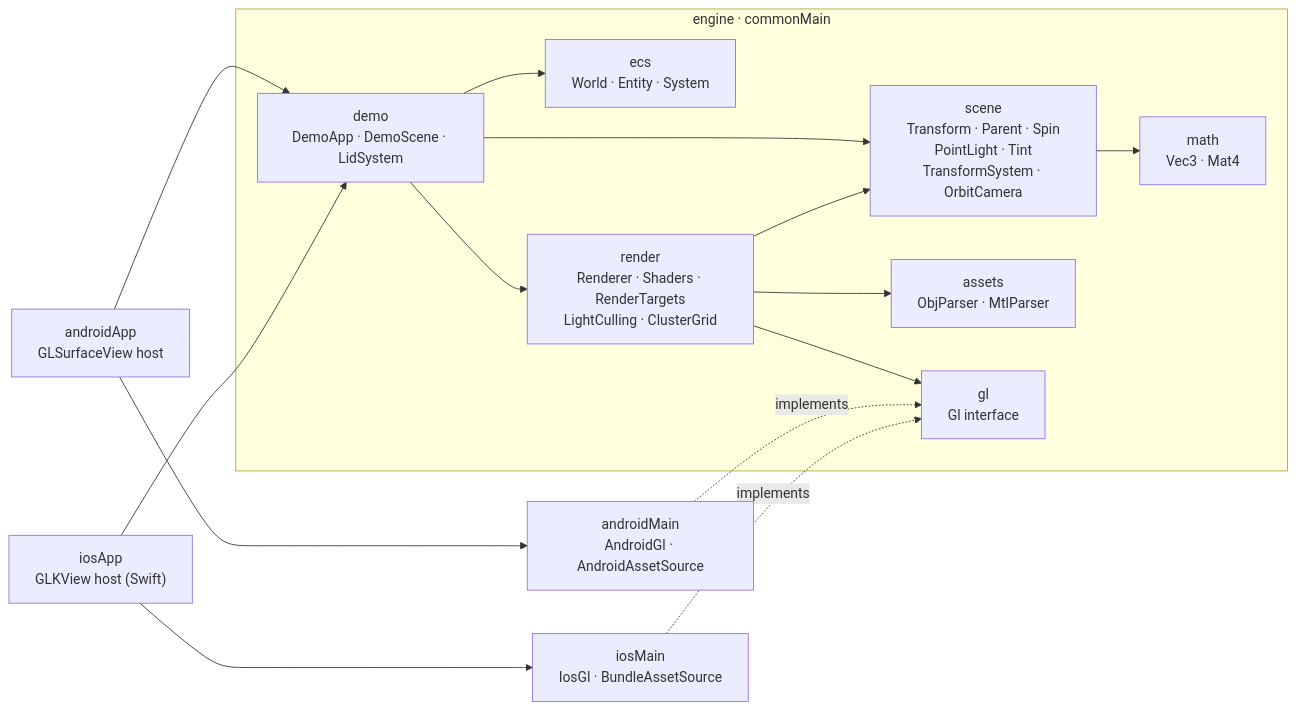
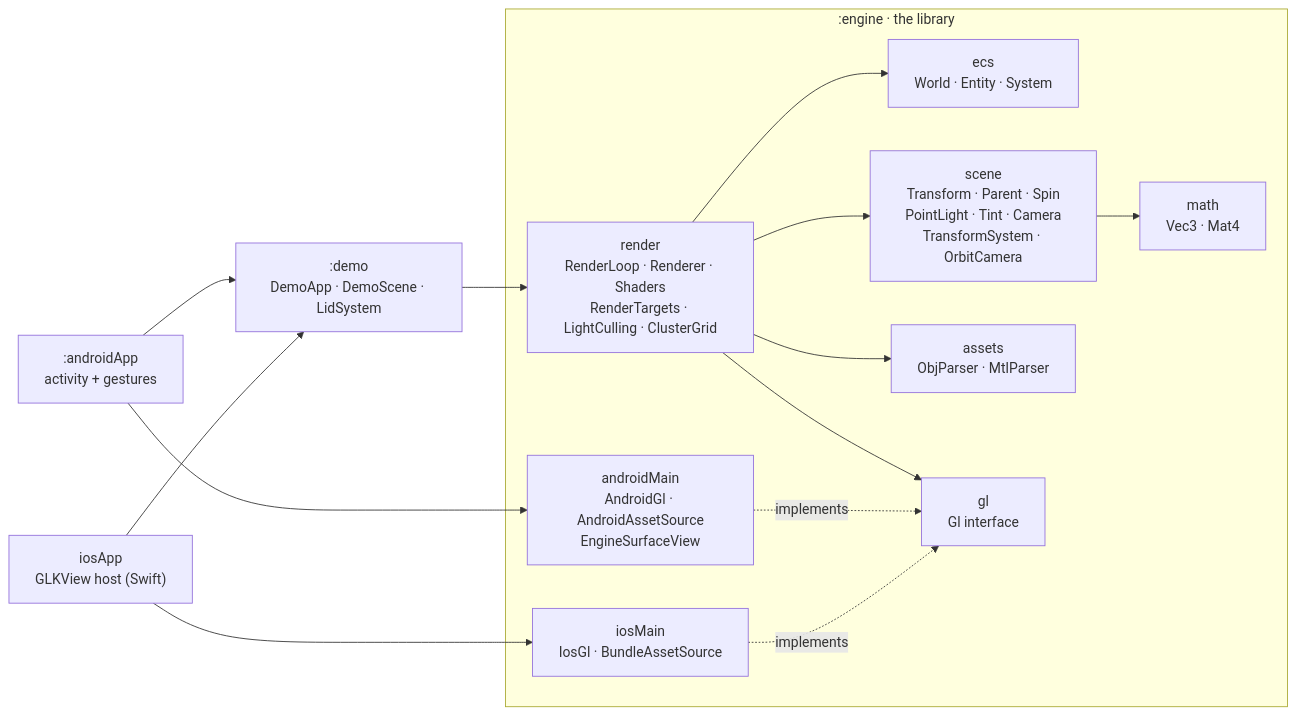
The second of 2 diagrams in README.md (rstanic12/kmp-gl-renderer), drawn with Mermaid before and after one commit. The commit also changed other lines of this file and 39 other files, not shown here.

First line of the commit message:
Engine API: RenderLoop, Camera, dispose, demo split into its own module

````diff
--- a/README.md
+++ b/README.md
@@ -98,24 +167,24 @@
 ```mermaid
 flowchart LR
-    subgraph common["engine · commonMain"]
-        demo["demo<br/>DemoApp · DemoScene · LidSystem"]
+    subgraph engine[":engine · the library"]
         ecs["ecs<br/>World · Entity · System"]
-        scene["scene<br/>Transform · Parent · Spin<br/>PointLight · Tint<br/>TransformSystem · OrbitCamera"]
-        render["render<br/>Renderer · Shaders · RenderTargets<br/>LightCulling · ClusterGrid"]
+        scene["scene<br/>Transform · Parent · Spin<br/>PointLight · Tint · Camera<br/>TransformSystem · OrbitCamera"]
+        render["render<br/>RenderLoop · Renderer · Shaders<br/>RenderTargets · LightCulling · ClusterGrid"]
         assets["assets<br/>ObjParser · MtlParser"]
         gl["gl<br/>Gl interface"]
         math["math<br/>Vec3 · Mat4"]
+        android["androidMain<br/>AndroidGl · AndroidAssetSource<br/>EngineSurfaceView"]
+        ios["iosMain<br/>IosGl · BundleAssetSource"]
     end
-    android["androidMain<br/>AndroidGl · AndroidAssetSource"]
-    ios["iosMain<br/>IosGl · BundleAssetSource"]
-    aapp["androidApp<br/>GLSurfaceView host"]
+    demo[":demo<br/>DemoApp · DemoScene · LidSystem"]
+    aapp[":androidApp<br/>activity + gestures"]
     iapp["iosApp<br/>GLKView host (Swift)"]
 
-    demo --> ecs & scene & render
-    render --> assets & gl & scene
+    render --> assets & gl & scene & ecs
     scene --> math
     android -. implements .-> gl
     ios -. implements .-> gl
+    demo --> render
     aapp --> demo & android
     iapp --> demo & ios
 ```
````
